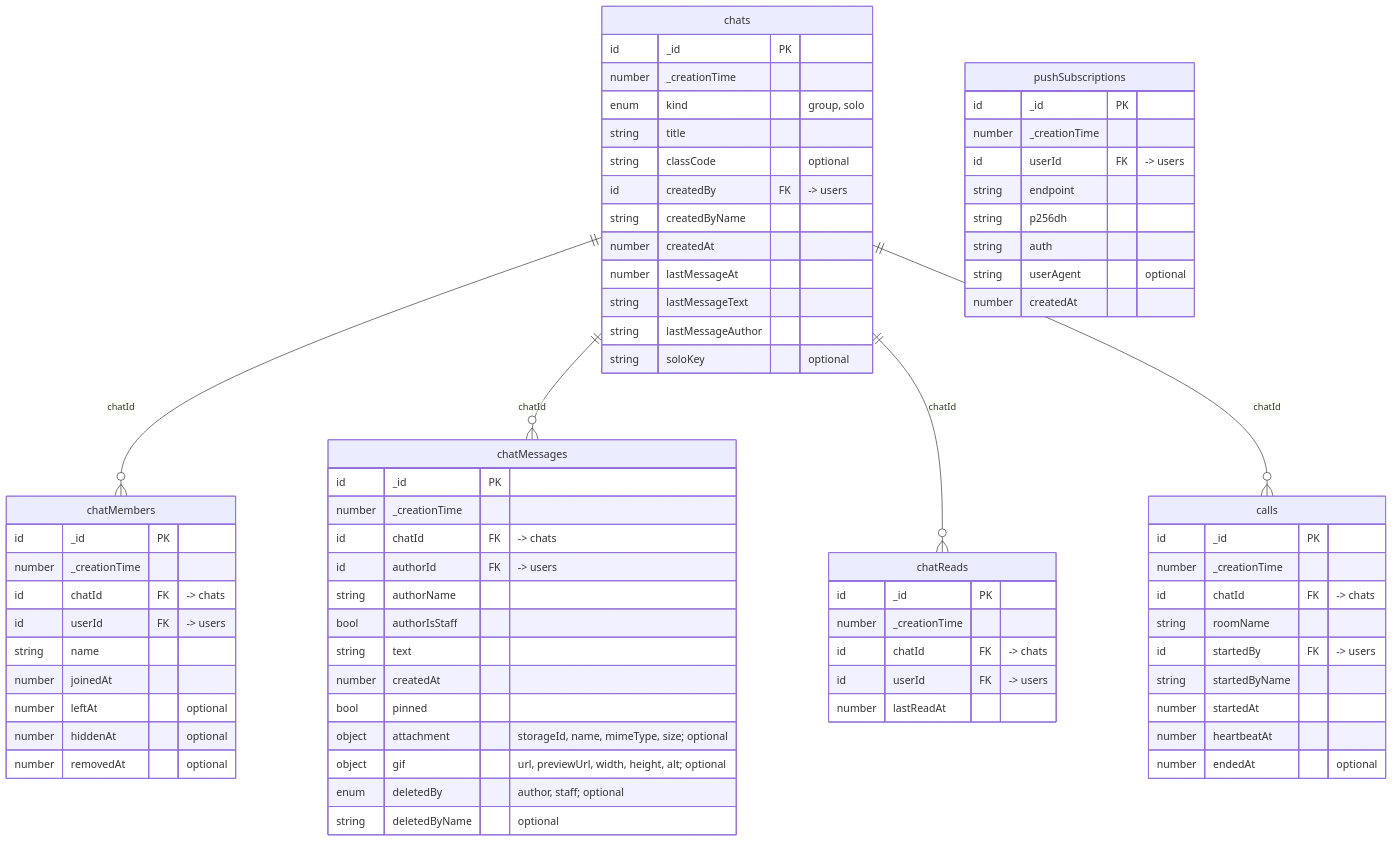
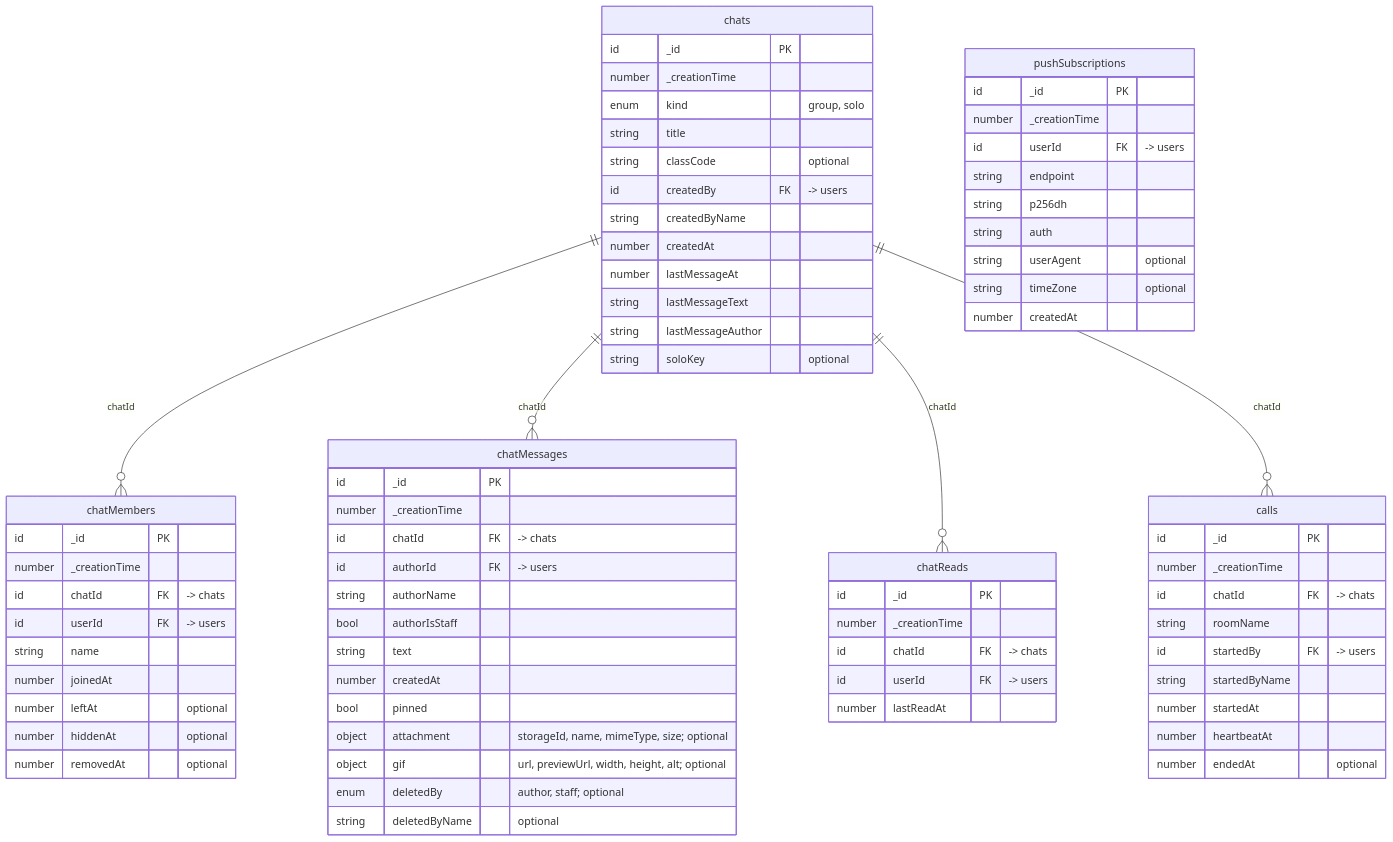
Before and after one commit to ZabuzaThePython/natyavaultuse: the eighth of 8 diagrams in docs/data-model.md, drawn with Mermaid. The commit also changed other lines of this file and 8 other files, not shown here.

````diff
--- a/docs/data-model.md
+++ b/docs/data-model.md
@@ -413,75 +423,76 @@
 ```mermaid
 erDiagram
   chats {
     id _id PK
     number _creationTime
     enum kind "group, solo"
     string title
     string classCode "optional"
     id createdBy FK "-> users"
     string createdByName
     number createdAt
     number lastMessageAt
     string lastMessageText
     string lastMessageAuthor
     string soloKey "optional"
   }
   chatMembers {
     id _id PK
     number _creationTime
     id chatId FK "-> chats"
     id userId FK "-> users"
     string name
     number joinedAt
     number leftAt "optional"
     number hiddenAt "optional"
     number removedAt "optional"
   }
   chatMessages {
     id _id PK
     number _creationTime
     id chatId FK "-> chats"
     id authorId FK "-> users"
     string authorName
     bool authorIsStaff
     string text
     number createdAt
     bool pinned
     object attachment "storageId, name, mimeType, size; optional"
     object gif "url, previewUrl, width, height, alt; optional"
     enum deletedBy "author, staff; optional"
     string deletedByName "optional"
   }
   chatReads {
     id _id PK
     number _creationTime
     id chatId FK "-> chats"
     id userId FK "-> users"
     number lastReadAt
   }
   calls {
     id _id PK
     number _creationTime
     id chatId FK "-> chats"
     string roomName
     id startedBy FK "-> users"
     string startedByName
     number startedAt
     number heartbeatAt
     number endedAt "optional"
   }
   pushSubscriptions {
     id _id PK
     number _creationTime
     id userId FK "-> users"
     string endpoint
     string p256dh
     string auth
     string userAgent "optional"
+    string timeZone "optional"
     number createdAt
   }
   chats ||--o{ chatMembers : "chatId"
   chats ||--o{ chatMessages : "chatId"
   chats ||--o{ chatReads : "chatId"
   chats ||--o{ calls : "chatId"
 ```
````
